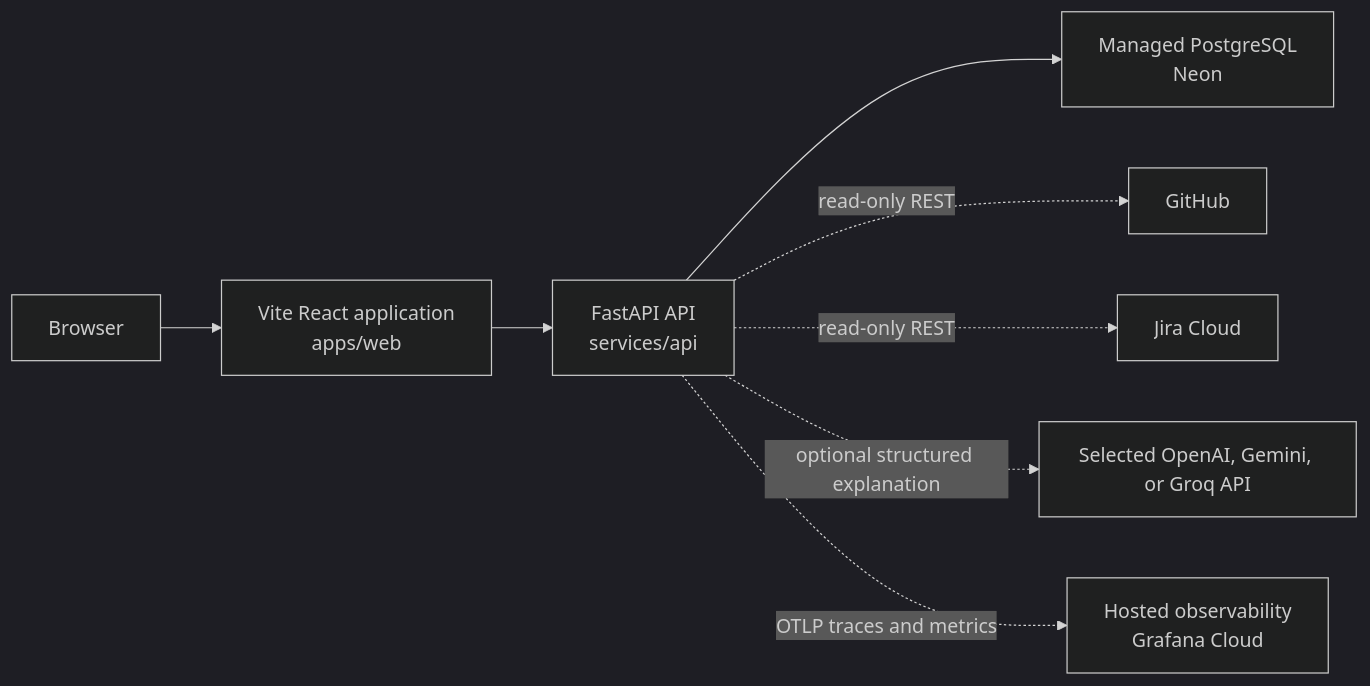
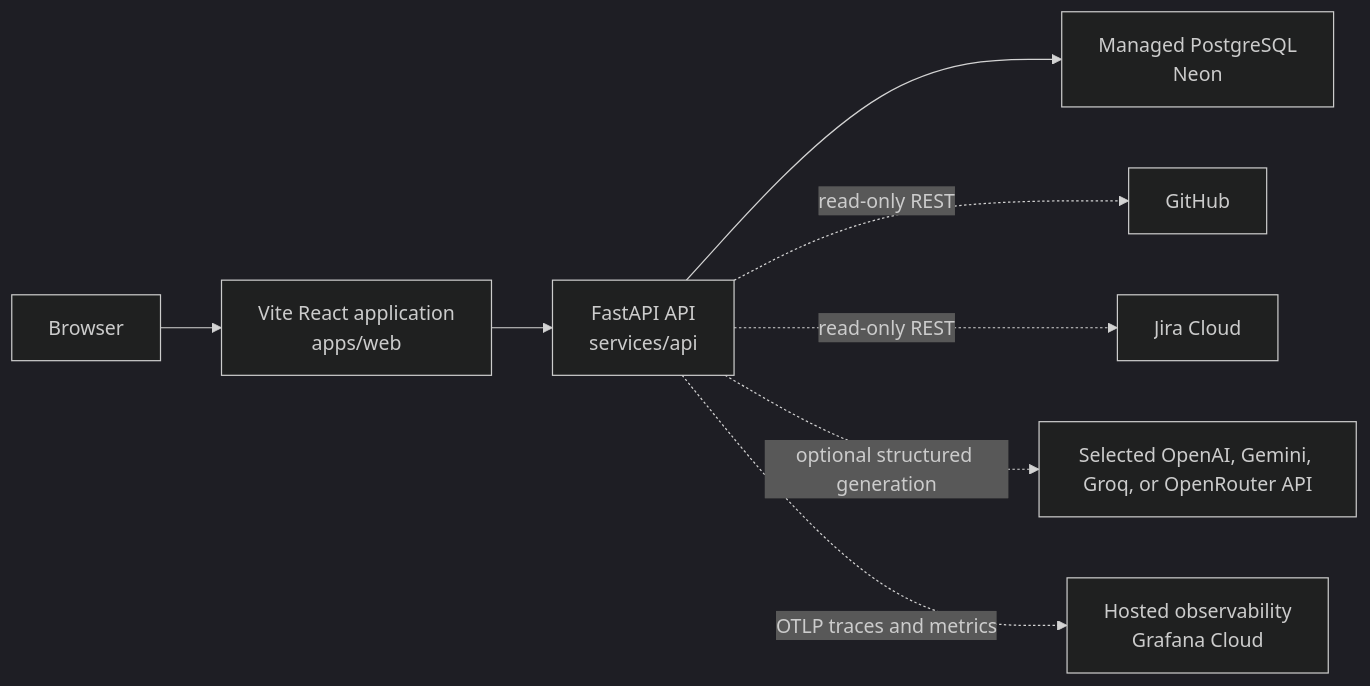
The diagram in docs/ARCHITECTURE.md (banalasaisathwik/promptql), drawn with Mermaid (dark theme) before and after one commit. The commit also changed other lines of this file and 33 other files, not shown here.

````diff
--- a/docs/ARCHITECTURE.md
+++ b/docs/ARCHITECTURE.md
@@ -5,10 +5,10 @@
 ```mermaid
 flowchart LR
     Browser --> Web["Vite React application<br/>apps/web"]
     Web --> API["FastAPI API<br/>services/api"]
     API --> PostgreSQL["Managed PostgreSQL<br/>Neon"]
     API -. "read-only REST" .-> GitHub["GitHub"]
     API -. "read-only REST" .-> Jira["Jira Cloud"]
-    API -. "optional structured explanation" .-> LLM["Selected OpenAI, Gemini, or Groq API"]
+    API -. "optional structured generation" .-> LLM["Selected OpenAI, Gemini, Groq, or OpenRouter API"]
     API -. "OTLP traces and metrics" .-> Observability["Hosted observability<br/>Grafana Cloud"]
 ```
````
